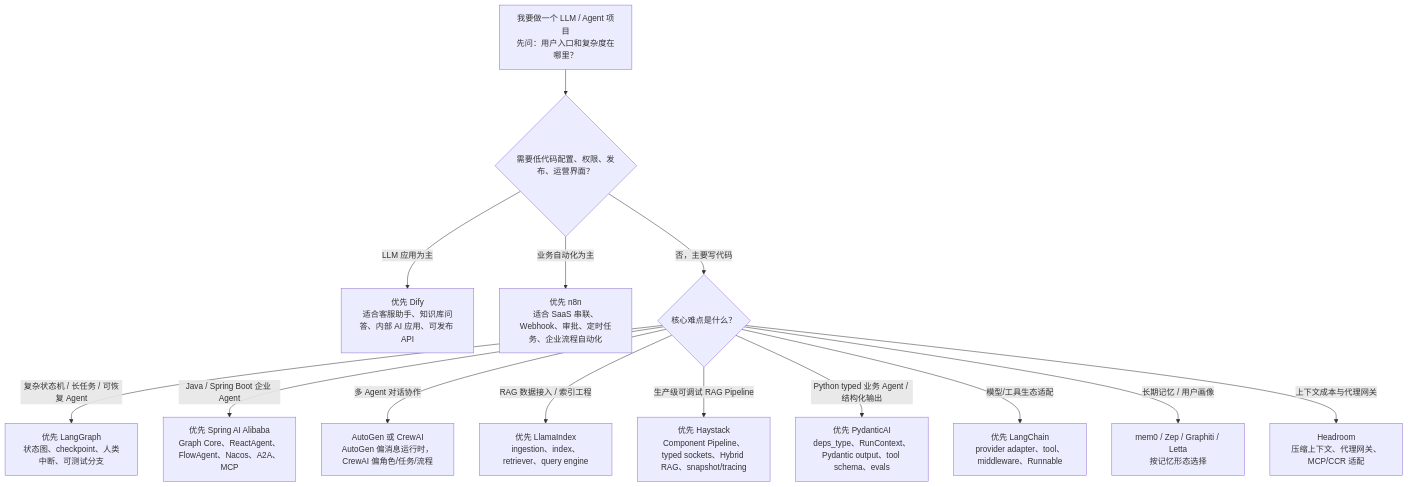
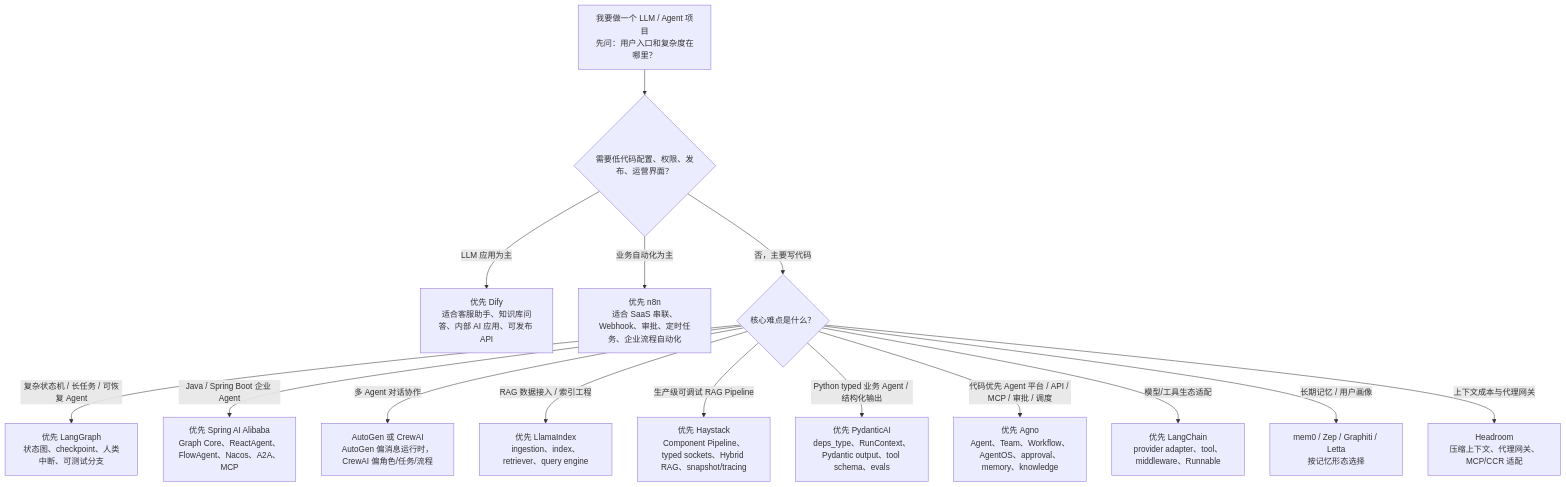
One commit to onlycaizhongwen/llm-framework-internals changed the second of 5 diagrams in docs/cross-framework-analysis/index.md. Above: the diagram before and after it, drawn with Mermaid. The commit also changed other lines of this file and 21 other files, not shown here.

First line of the commit message:
Explain Agno as an agent platform SDK

````diff
--- a/docs/cross-framework-analysis/index.md
+++ b/docs/cross-framework-analysis/index.md
@@ -64,17 +66,18 @@
 ```mermaid
 flowchart TB
     Start["我要做一个 LLM / Agent 项目<br/>先问：用户入口和复杂度在哪里？"]
     Start --> Product{"需要低代码配置、权限、发布、运营界面？"}
     Product -->|"LLM 应用为主"| Dify["优先 Dify<br/>适合客服助手、知识库问答、内部 AI 应用、可发布 API"]
     Product -->|"业务自动化为主"| N8N["优先 n8n<br/>适合 SaaS 串联、Webhook、审批、定时任务、企业流程自动化"]
     Product -->|"否，主要写代码"| Code{"核心难点是什么？"}
     Code -->|"复杂状态机 / 长任务 / 可恢复 Agent"| LangGraph["优先 LangGraph<br/>状态图、checkpoint、人类中断、可测试分支"]
     Code -->|"Java / Spring Boot 企业 Agent"| SpringAIAlibaba["优先 Spring AI Alibaba<br/>Graph Core、ReactAgent、FlowAgent、Nacos、A2A、MCP"]
     Code -->|"多 Agent 对话协作"| AutoCrew["AutoGen 或 CrewAI<br/>AutoGen 偏消息运行时，CrewAI 偏角色/任务/流程"]
     Code -->|"RAG 数据接入 / 索引工程"| Llama["优先 LlamaIndex<br/>ingestion、index、retriever、query engine"]
     Code -->|"生产级可调试 RAG Pipeline"| Haystack["优先 Haystack<br/>Component Pipeline、typed sockets、Hybrid RAG、snapshot/tracing"]
     Code -->|"Python typed 业务 Agent / 结构化输出"| PydanticAI["优先 PydanticAI<br/>deps_type、RunContext、Pydantic output、tool schema、evals"]
+    Code -->|"代码优先 Agent 平台 / API / MCP / 审批 / 调度"| Agno["优先 Agno<br/>Agent、Team、Workflow、AgentOS、approval、memory、knowledge"]
     Code -->|"模型/工具生态适配"| LangChain["优先 LangChain<br/>provider adapter、tool、middleware、Runnable"]
     Code -->|"长期记忆 / 用户画像"| Memory["mem0 / Zep / Graphiti / Letta<br/>按记忆形态选择"]
     Code -->|"上下文成本与代理网关"| Headroom["Headroom<br/>压缩上下文、代理网关、MCP/CCR 适配"]
 ```
````
